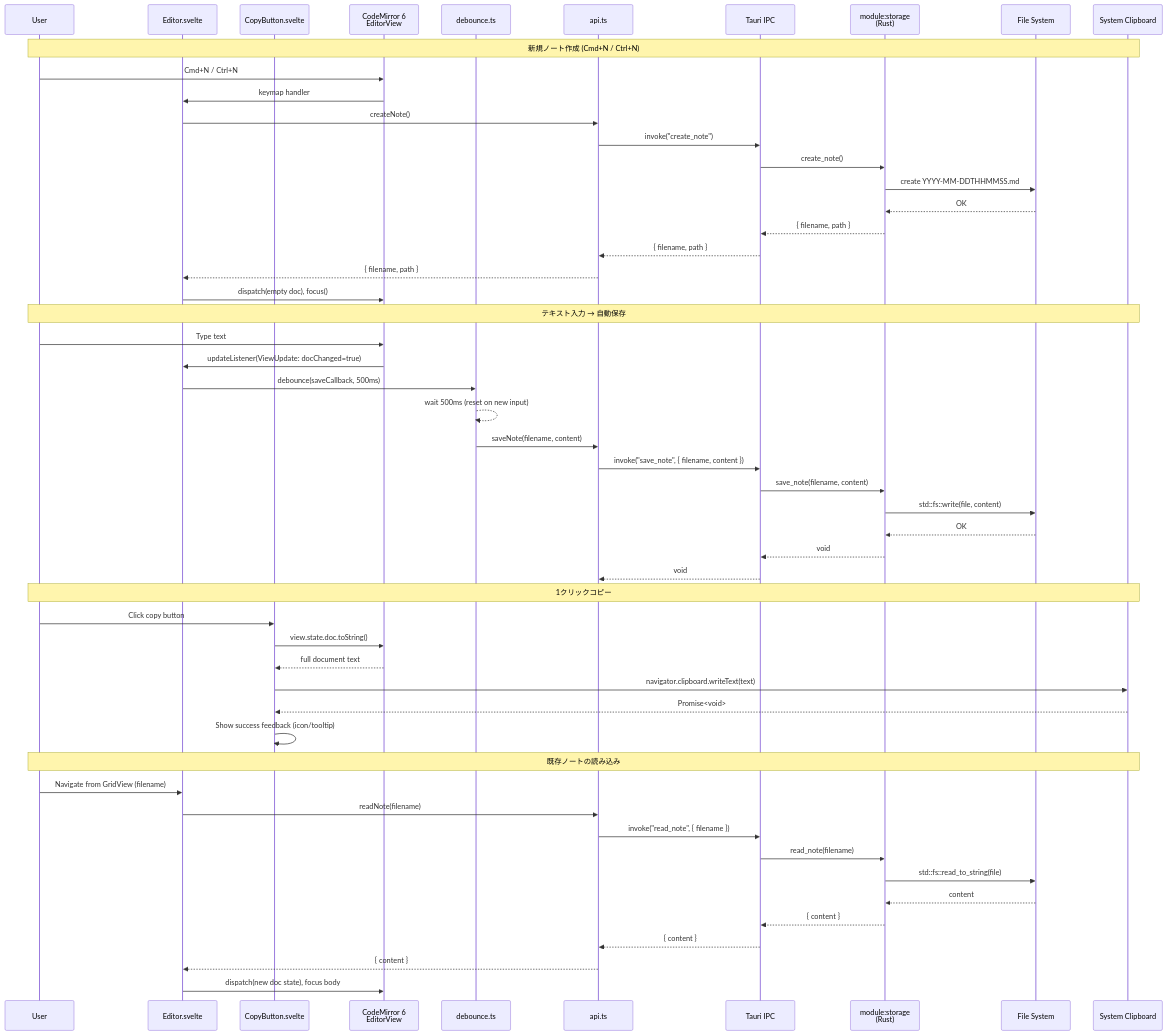
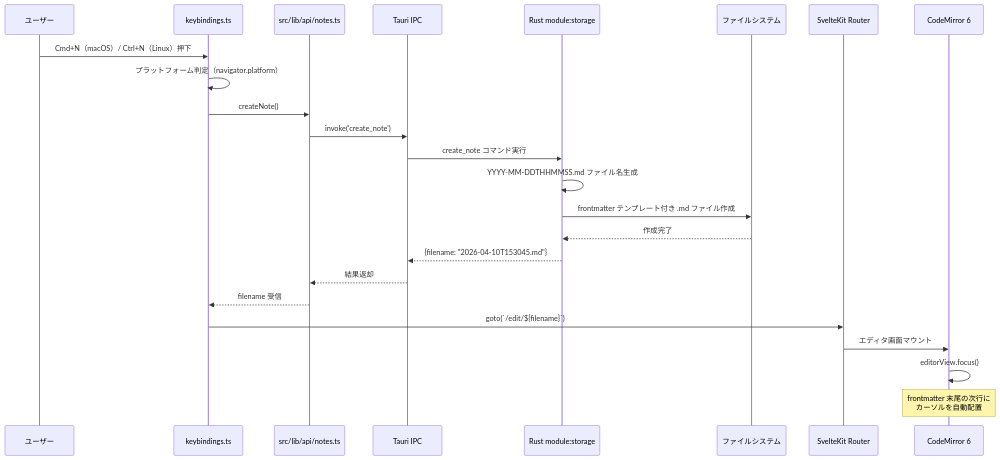
Before and after one commit to dev-komenzar/prompt-notes: the third of 5 diagrams in docs/detailed_design/editor_clipboard_design.md, drawn with Mermaid. The commit also changed other lines of this file and 3 other files, not shown here.

````diff
--- a/docs/detailed_design/editor_clipboard_design.md
+++ b/docs/detailed_design/editor_clipboard_design.md
@@ -102,59 +121,27 @@
 ```mermaid
 sequenceDiagram
-    participant User
-    participant EditorSvelte as Editor.svelte
-    participant CopyBtnSvelte as CopyButton.svelte
-    participant CM6 as CodeMirror 6<br/>EditorView
-    participant DebounceMod as debounce.ts
-    participant APITs as api.ts
+    participant User as ユーザー
+    participant KB as keybindings.ts
+    participant API as src/lib/api/notes.ts
     participant IPC as Tauri IPC
-    participant Storage as module:storage<br/>(Rust)
-    participant FS as File System
-    participant Clipboard as System Clipboard
+    participant RS as Rust module:storage
+    participant FS as ファイルシステム
+    participant Router as SvelteKit Router
+    participant CM as CodeMirror 6
 
-    Note over User,Clipboard: 新規ノート作成 (Cmd+N / Ctrl+N)
-    User->>CM6: Cmd+N / Ctrl+N
-    CM6->>EditorSvelte: keymap handler
-    EditorSvelte->>APITs: createNote()
-    APITs->>IPC: invoke("create_note")
-    IPC->>Storage: create_note()
-    Storage->>FS: create YYYY-MM-DDTHHMMSS.md
-    FS-->>Storage: OK
-    Storage-->>IPC: { filename, path }
-    IPC-->>APITs: { filename, path }
-    APITs-->>EditorSvelte: { filename, path }
-    EditorSvelte->>CM6: dispatch(empty doc), focus()
-
-    Note over User,Clipboard: テキスト入力 → 自動保存
-    User->>CM6: Type text
-    CM6->>EditorSvelte: updateListener(ViewUpdate: docChanged=true)
-    EditorSvelte->>DebounceMod: debounce(saveCallback, 500ms)
-    DebounceMod-->>DebounceMod: wait 500ms (reset on new input)
-    DebounceMod->>APITs: saveNote(filename, content)
-    APITs->>IPC: invoke("save_note", { filename, content })
-    IPC->>Storage: save_note(filename, content)
-    Storage->>FS: std::fs::write(file, content)
-    FS-->>Storage: OK
-    Storage-->>IPC: void
-    IPC-->>APITs: void
-
-    Note over User,Clipboard: 1クリックコピー
-    User->>CopyBtnSvelte: Click copy button
-    CopyBtnSvelte->>CM6: view.state.doc.toString()
-    CM6-->>CopyBtnSvelte: full document text
-    CopyBtnSvelte->>Clipboard: navigator.clipboard.writeText(text)
-    Clipboard-->>CopyBtnSvelte: Promise<void>
-    CopyBtnSvelte->>CopyBtnSvelte: Show success feedback (icon/tooltip)
-
-    Note over User,Clipboard: 既存ノートの読み込み
-    User->>EditorSvelte: Navigate from GridView (filename)
-    EditorSvelte->>APITs: readNote(filename)
-    APITs->>IPC: invoke("read_note", { filename })
-    IPC->>Storage: read_note(filename)
-    Storage->>FS: std::fs::read_to_string(file)
-    FS-->>Storage: content
-    Storage-->>IPC: { content }
-    IPC-->>APITs: { content }
-    APITs-->>EditorSvelte: { content }
-    EditorSvelte->>CM6: dispatch(new doc state), focus body
+    User->>KB: Cmd+N（macOS）/ Ctrl+N（Linux）押下
+    KB->>KB: プラットフォーム判定（navigator.platform）
+    KB->>API: createNote()
+    API->>IPC: invoke('create_note')
+    IPC->>RS: create_note コマンド実行
+    RS->>RS: YYYY-MM-DDTHHMMSS.md ファイル名生成
+    RS->>FS: frontmatter テンプレート付き .md ファイル作成
+    FS-->>RS: 作成完了
+    RS-->>IPC: {filename: "2026-04-10T153045.md"}
+    IPC-->>API: 結果返却
+    API-->>KB: filename 受信
+    KB->>Router: goto(`/edit/${filename}`)
+    Router->>CM: エディタ画面マウント
+    CM->>CM: editorView.focus()
+    Note over CM: frontmatter 末尾の次行に<br/>カーソルを自動配置
 ```
````
